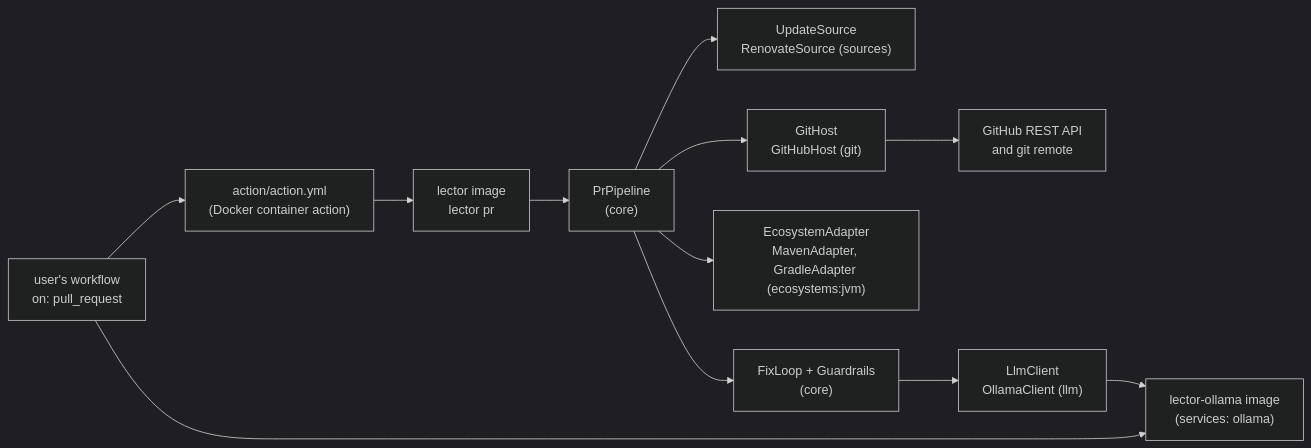
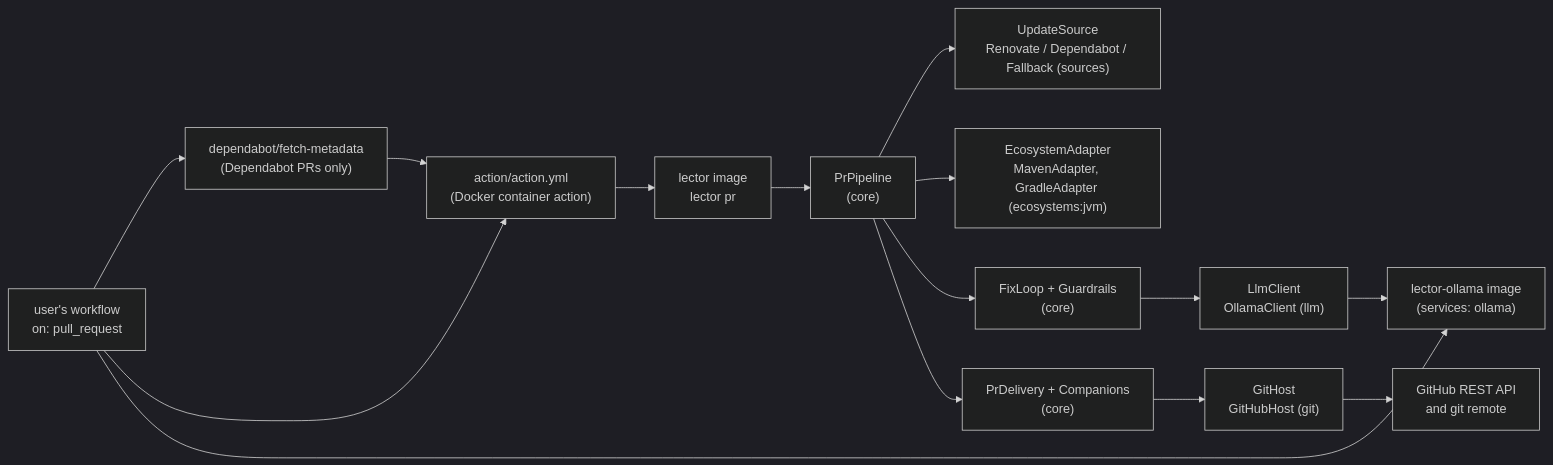
The first of 3 diagrams in docs/architecture/pr-pipeline.md (danvan86/lector-ai), drawn with Mermaid (dark theme) before and after one commit. The commit also changed other lines of this file and 55 other files, not shown here.

First line of the commit message:
M8: Dependabot and fallback (#15)

````diff
--- a/docs/architecture/pr-pipeline.md
+++ b/docs/architecture/pr-pipeline.md
@@ -18,14 +18,17 @@
 ```mermaid
 flowchart LR
-    wf["user's workflow<br/>on: pull_request"] --> action["action/action.yml<br/>(Docker container action)"]
+    wf["user's workflow<br/>on: pull_request"] --> meta["dependabot/fetch-metadata<br/>(Dependabot PRs only)"]
+    wf --> action["action/action.yml<br/>(Docker container action)"]
+    meta --> action
     wf --> sidecar["lector-ollama image<br/>(services: ollama)"]
     action --> image["lector image<br/>lector pr"]
     image --> pipeline["PrPipeline<br/>(core)"]
-    pipeline --> source["UpdateSource<br/>RenovateSource (sources)"]
-    pipeline --> host["GitHost<br/>GitHubHost (git)"]
+    pipeline --> source["UpdateSource<br/>Renovate / Dependabot / Fallback (sources)"]
     pipeline --> adapter["EcosystemAdapter<br/>MavenAdapter, GradleAdapter (ecosystems:jvm)"]
     pipeline --> loop["FixLoop + Guardrails<br/>(core)"]
+    pipeline --> delivery["PrDelivery + Companions<br/>(core)"]
     loop --> llm["LlmClient<br/>OllamaClient (llm)"]
     llm --> sidecar
+    delivery --> host["GitHost<br/>GitHubHost (git)"]
     host --> gh["GitHub REST API<br/>and git remote"]
 ```
````
